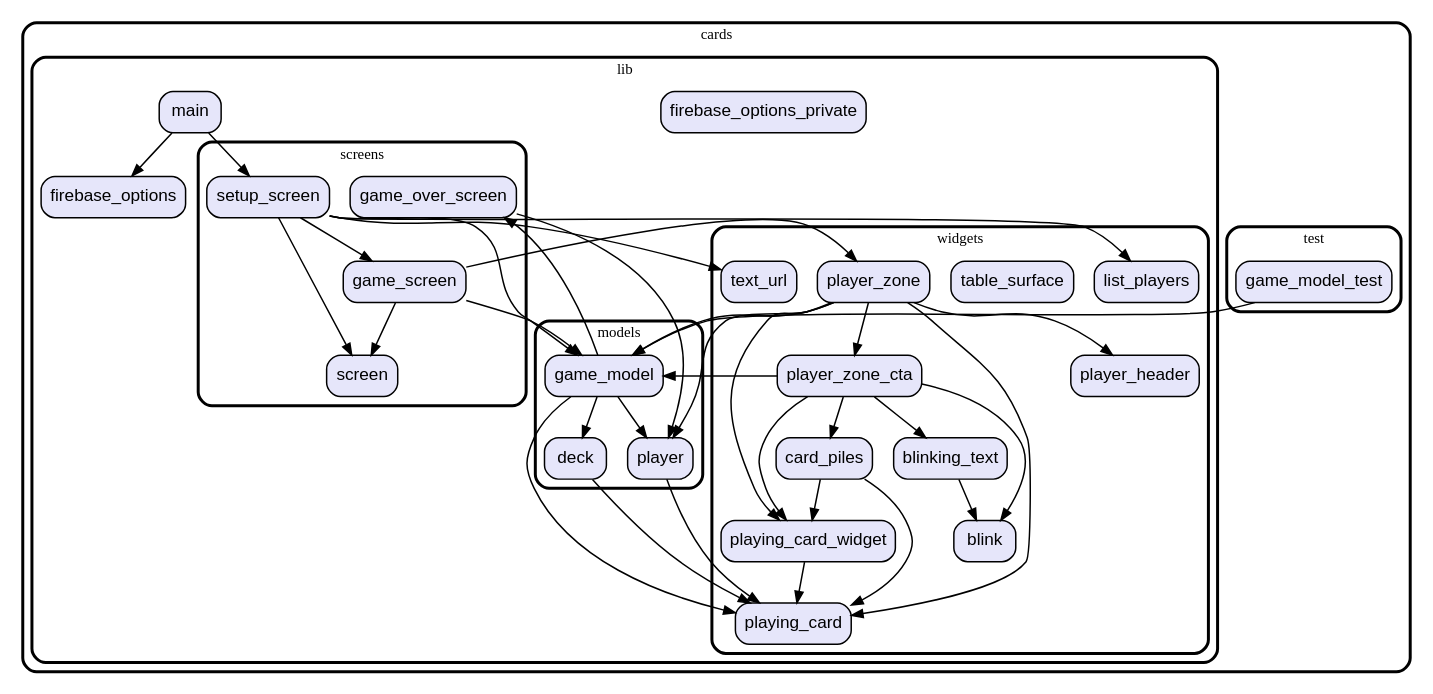
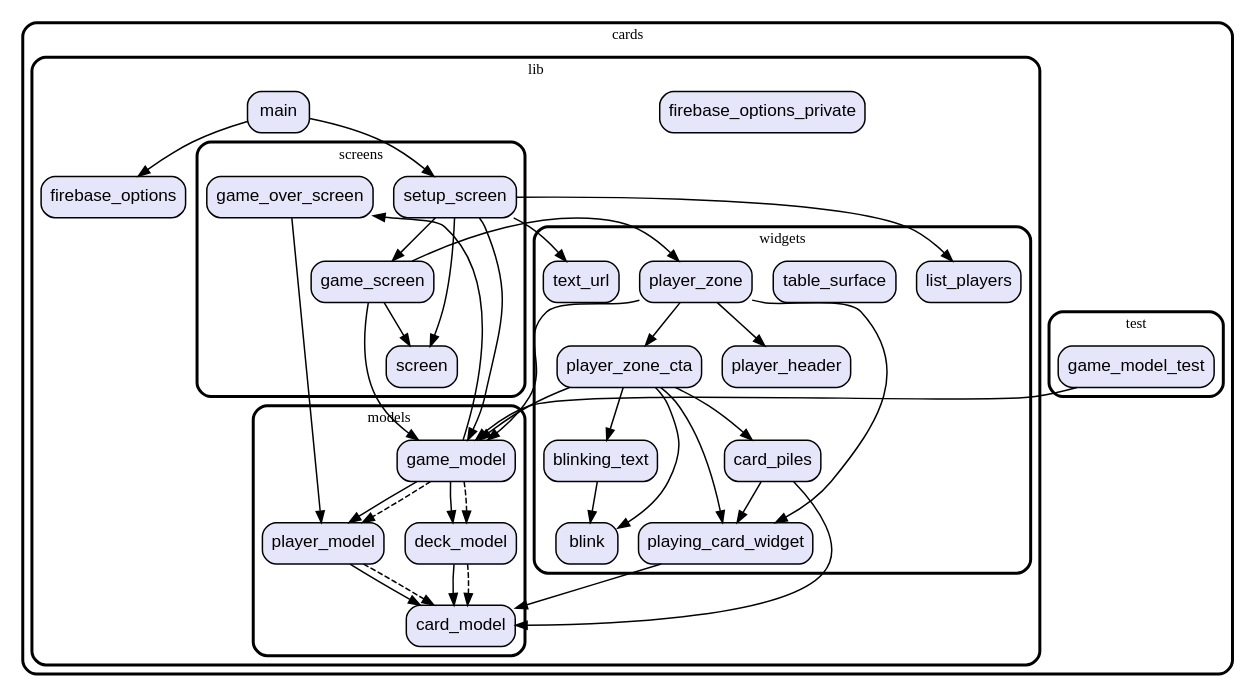
One commit to vteam-com/Cards changed the diagram in graph.dot. Above: the diagram before and after it, drawn with Graphviz. The commit also changed 11 other files, not shown here.

Commit message:
card_model

```diff
--- a/graph.dot
+++ b/graph.dot
@@ -1,100 +1,101 @@
 digraph "" {
   graph [style=rounded fontname="Arial Black" fontsize=13 penwidth=2.6];
   node [shape=rect style="filled,rounded" fontname=Arial fontsize=15 fillcolor=Lavender penwidth=1.3];
   edge [penwidth=1.3];
   "/test/game_model_test.dart" [label="game_model_test"];
   "/lib/firebase_options_private.dart" [label="firebase_options_private"];
   "/lib/firebase_options.dart" [label="firebase_options"];
   "/lib/models/game_model.dart" [label="game_model"];
-  "/lib/models/deck.dart" [label="deck"];
-  "/lib/models/player.dart" [label="player"];
+  "/lib/models/player_model.dart" [label="player_model"];
+  "/lib/models/card_model.dart" [label="card_model"];
+  "/lib/models/deck_model.dart" [label="deck_model"];
   "/lib/screens/game_screen.dart" [label="game_screen"];
   "/lib/screens/game_over_screen.dart" [label="game_over_screen"];
   "/lib/screens/setup_screen.dart" [label="setup_screen"];
   "/lib/screens/screen.dart" [label="screen"];
   "/lib/main.dart" [label="main"];
   "/lib/widgets/blink.dart" [label="blink"];
   "/lib/widgets/list_players.dart" [label="list_players"];
   "/lib/widgets/playing_card_widget.dart" [label="playing_card_widget"];
   "/lib/widgets/table_surface.dart" [label="table_surface"];
   "/lib/widgets/blinking_text.dart" [label="blinking_text"];
   "/lib/widgets/player_zone.dart" [label="player_zone"];
-  "/lib/widgets/playing_card.dart" [label="playing_card"];
   "/lib/widgets/card_piles.dart" [label="card_piles"];
   "/lib/widgets/player_zone_cta.dart" [label="player_zone_cta"];
   "/lib/widgets/player_header.dart" [label="player_header"];
   "/lib/widgets/text_url.dart" [label="text_url"];
   subgraph "cluster~" {
     label="cards";
     subgraph "cluster~/test" {
       label="test";
       "/test/game_model_test.dart";
     }
     subgraph "cluster~/lib" {
       label="lib";
       "/lib/firebase_options_private.dart";
       "/lib/firebase_options.dart";
       "/lib/main.dart";
       subgraph "cluster~/lib/models" {
         label="models";
         "/lib/models/game_model.dart";
-        "/lib/models/deck.dart";
-        "/lib/models/player.dart";
+        "/lib/models/player_model.dart";
+        "/lib/models/card_model.dart";
+        "/lib/models/deck_model.dart";
       }
       subgraph "cluster~/lib/screens" {
         label="screens";
         "/lib/screens/game_screen.dart";
         "/lib/screens/game_over_screen.dart";
         "/lib/screens/setup_screen.dart";
         "/lib/screens/screen.dart";
       }
       subgraph "cluster~/lib/widgets" {
         label="widgets";
         "/lib/widgets/blink.dart";
         "/lib/widgets/list_players.dart";
         "/lib/widgets/playing_card_widget.dart";
         "/lib/widgets/table_surface.dart";
         "/lib/widgets/blinking_text.dart";
         "/lib/widgets/player_zone.dart";
-        "/lib/widgets/playing_card.dart";
         "/lib/widgets/card_piles.dart";
         "/lib/widgets/player_zone_cta.dart";
         "/lib/widgets/player_header.dart";
         "/lib/widgets/text_url.dart";
       }
     }
   }
   "/test/game_model_test.dart" -> "/lib/models/game_model.dart";
-  "/lib/models/game_model.dart" -> "/lib/models/deck.dart";
-  "/lib/models/game_model.dart" -> "/lib/models/player.dart";
+  "/lib/models/game_model.dart" -> "/lib/models/deck_model.dart";
+  "/lib/models/game_model.dart" -> "/lib/models/player_model.dart";
   "/lib/models/game_model.dart" -> "/lib/screens/game_over_screen.dart";
-  "/lib/models/game_model.dart" -> "/lib/widgets/playing_card.dart";
-  "/lib/models/deck.dart" -> "/lib/widgets/playing_card.dart";
-  "/lib/models/player.dart" -> "/lib/widgets/playing_card.dart";
+  "/lib/models/game_model.dart" -> "/lib/models/deck_model.dart" [style=dashed];
+  "/lib/models/game_model.dart" -> "/lib/models/player_model.dart" [style=dashed];
+  "/lib/models/player_model.dart" -> "/lib/models/card_model.dart";
+  "/lib/models/player_model.dart" -> "/lib/models/card_model.dart" [style=dashed];
+  "/lib/models/deck_model.dart" -> "/lib/models/card_model.dart";
+  "/lib/models/deck_model.dart" -> "/lib/models/card_model.dart" [style=dashed];
   "/lib/screens/game_screen.dart" -> "/lib/models/game_model.dart";
   "/lib/screens/game_screen.dart" -> "/lib/screens/screen.dart";
   "/lib/screens/game_screen.dart" -> "/lib/widgets/player_zone.dart";
-  "/lib/screens/game_over_screen.dart" -> "/lib/models/player.dart";
+  "/lib/screens/game_over_screen.dart" -> "/lib/models/player_model.dart";
   "/lib/screens/setup_screen.dart" -> "/lib/models/game_model.dart";
   "/lib/screens/setup_screen.dart" -> "/lib/screens/game_screen.dart";
   "/lib/screens/setup_screen.dart" -> "/lib/screens/screen.dart";
   "/lib/screens/setup_screen.dart" -> "/lib/widgets/list_players.dart";
   "/lib/screens/setup_screen.dart" -> "/lib/widgets/text_url.dart";
   "/lib/main.dart" -> "/lib/firebase_options.dart";
   "/lib/main.dart" -> "/lib/screens/setup_screen.dart";
-  "/lib/widgets/playing_card_widget.dart" -> "/lib/widgets/playing_card.dart";
+  "/lib/widgets/playing_card_widget.dart" -> "/lib/models/card_model.dart";
   "/lib/widgets/blinking_text.dart" -> "/lib/widgets/blink.dart";
   "/lib/widgets/player_zone.dart" -> "/lib/models/game_model.dart";
-  "/lib/widgets/player_zone.dart" -> "/lib/models/player.dart";
   "/lib/widgets/player_zone.dart" -> "/lib/widgets/player_header.dart";
   "/lib/widgets/player_zone.dart" -> "/lib/widgets/player_zone_cta.dart";
-  "/lib/widgets/player_zone.dart" -> "/lib/widgets/playing_card.dart";
   "/lib/widgets/player_zone.dart" -> "/lib/widgets/playing_card_widget.dart";
-  "/lib/widgets/card_piles.dart" -> "/lib/widgets/playing_card.dart";
+  "/lib/widgets/card_piles.dart" -> "/lib/models/card_model.dart";
   "/lib/widgets/card_piles.dart" -> "/lib/widgets/playing_card_widget.dart";
   "/lib/widgets/player_zone_cta.dart" -> "/lib/models/game_model.dart";
   "/lib/widgets/player_zone_cta.dart" -> "/lib/widgets/blink.dart";
   "/lib/widgets/player_zone_cta.dart" -> "/lib/widgets/blinking_text.dart";
   "/lib/widgets/player_zone_cta.dart" -> "/lib/widgets/card_piles.dart";
   "/lib/widgets/player_zone_cta.dart" -> "/lib/widgets/playing_card_widget.dart";
 }
```
